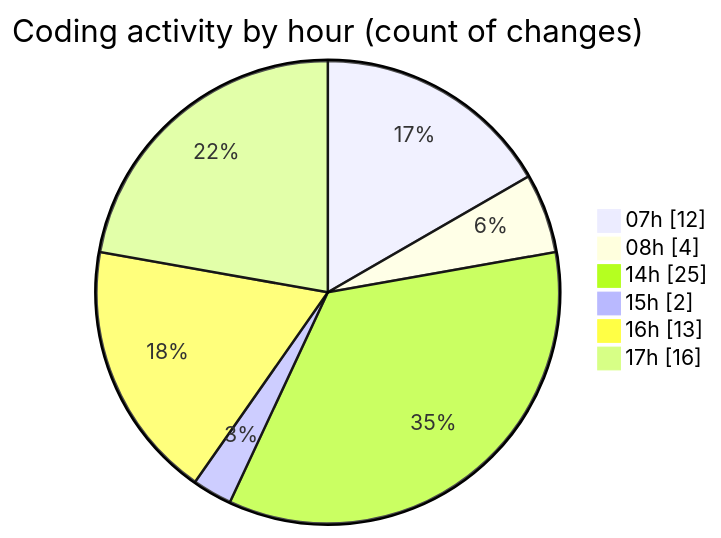
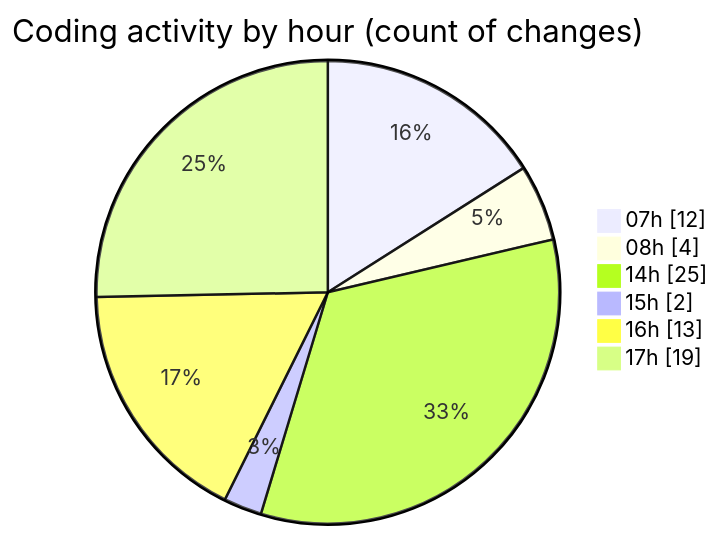
The second of 2 diagrams in 2025-01-09/mbc-web/README.md (robertbonfada/code-tracking), drawn with Mermaid before and after one commit. The commit also changed other lines of this file and 1 other file, not shown here.

````diff
--- a/2025-01-09/mbc-web/README.md
+++ b/2025-01-09/mbc-web/README.md
@@ -40,10 +40,10 @@
 ```mermaid
 pie showData
 title Coding activity by hour (count of changes)
 "07h" : 12
 "08h" : 4
 "14h" : 25
 "15h" : 2
 "16h" : 13
-"17h" : 16
+"17h" : 19
 ```
````
